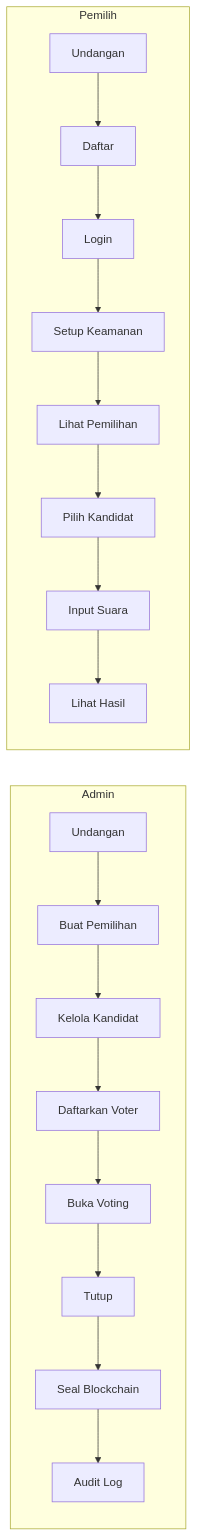
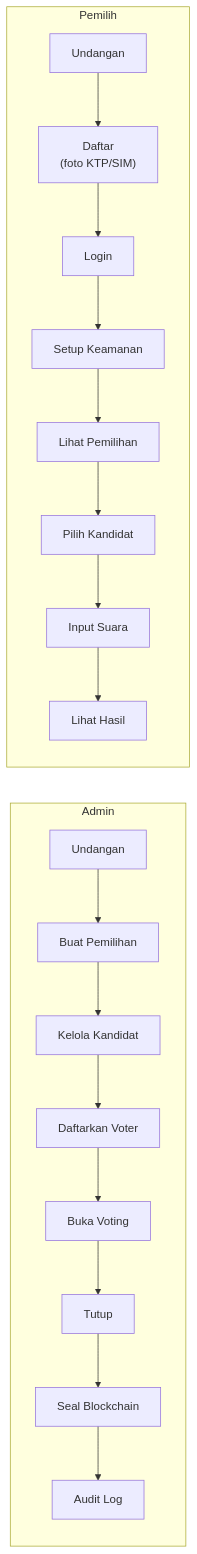
One commit to Mesalllnya/Truecount changed diagram 18 of 18 in docs/dev/user-flow.md. Above: the diagram before and after it, drawn with Mermaid. The commit also changed other lines of this file and 20 other files, not shown here.

First line of the commit message:
Enhance user registration flow and error handling (#68)

````diff
--- a/docs/dev/user-flow.md
+++ b/docs/dev/user-flow.md
@@ -577,10 +640,10 @@
 ```mermaid
 flowchart LR
     subgraph admin["Admin"]
         A1["Undangan"] --> A2["Buat Pemilihan"] --> A3["Kelola Kandidat"] --> A4["Daftarkan Voter"] --> A5["Buka Voting"] --> A6["Tutup"] --> A7["Seal Blockchain"] --> A8["Audit Log"]
     end
 
     subgraph voter["Pemilih"]
-        V1["Undangan"] --> V2["Daftar"] --> V3["Login"] --> V4["Setup Keamanan"] --> V5["Lihat Pemilihan"] --> V6["Pilih Kandidat"] --> V7["Input Suara"] --> V8["Lihat Hasil"]
+        V1["Undangan"] --> V2["Daftar<br/>(foto KTP/SIM)"] --> V3["Login"] --> V4["Setup Keamanan"] --> V5["Lihat Pemilihan"] --> V6["Pilih Kandidat"] --> V7["Input Suara"] --> V8["Lihat Hasil"]
     end
 ```
````
